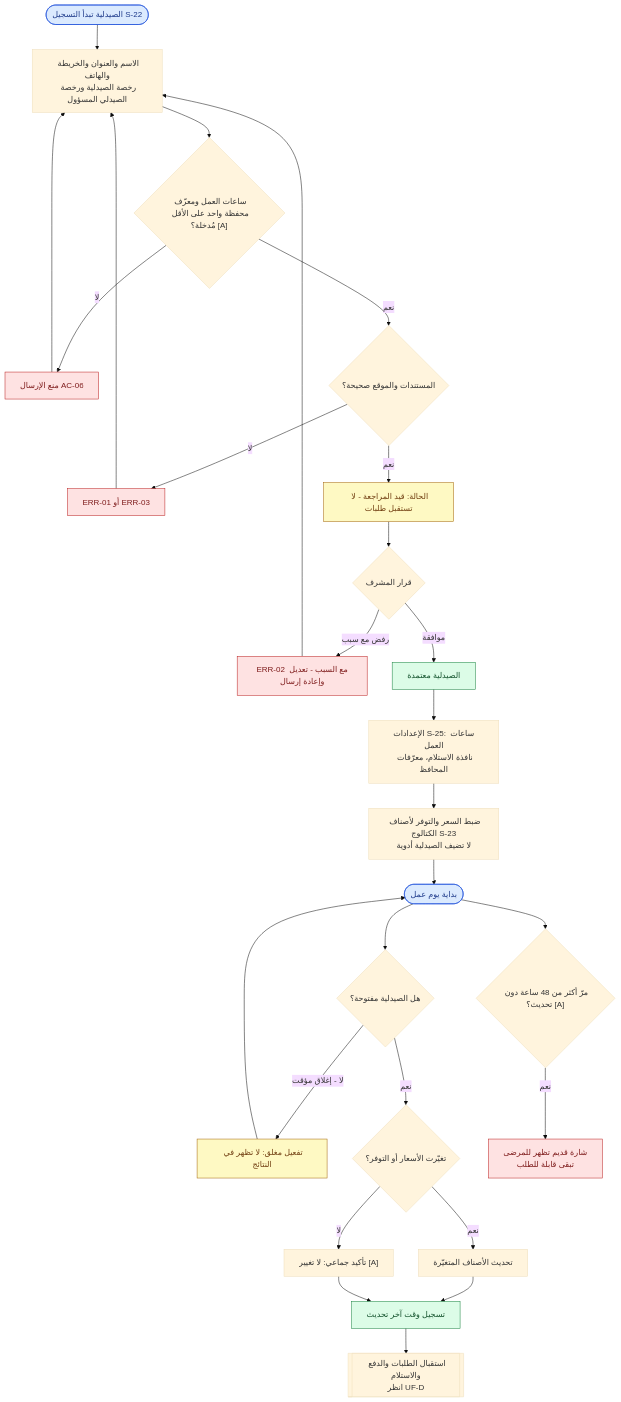
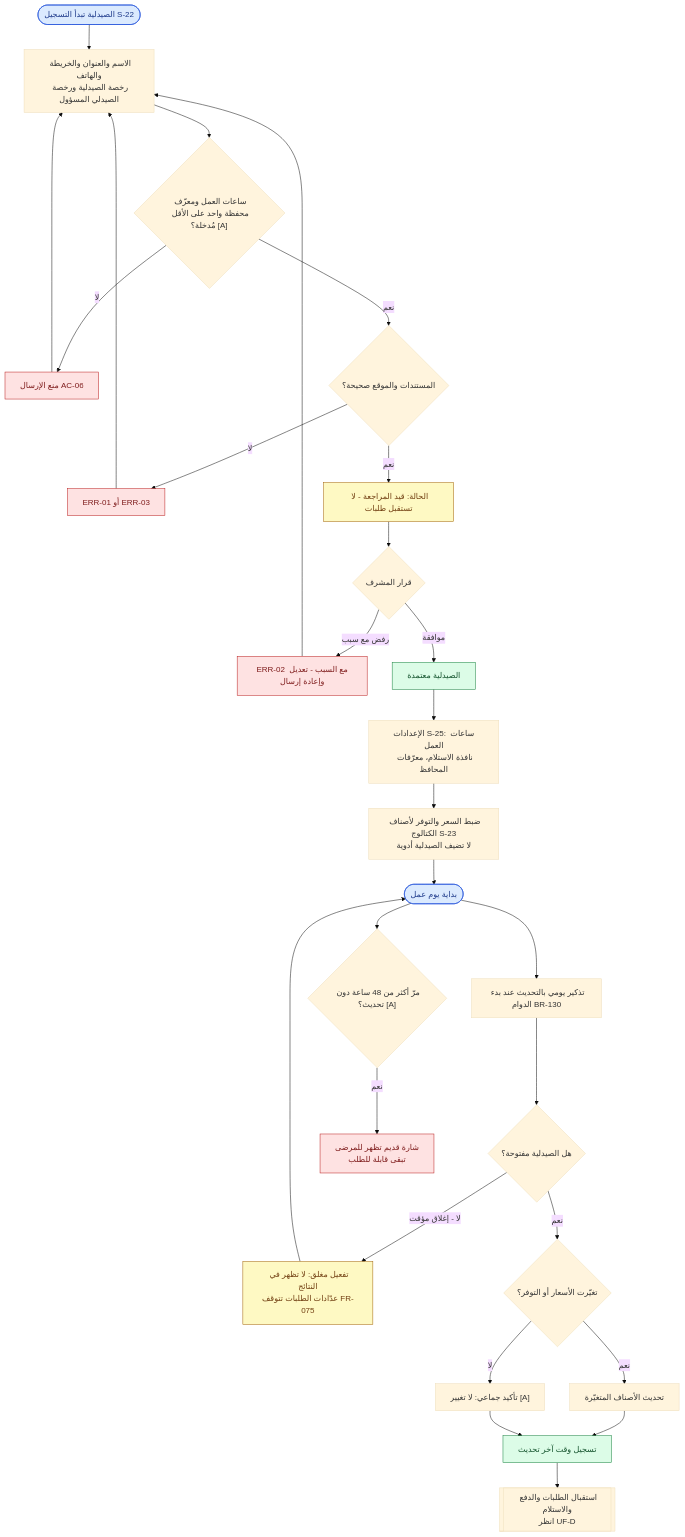
Diagram 11 of 12 in docs/user-flow.ar.md (foxamoca/iltiam), drawn with Mermaid (base theme) before and after one commit. The commit also changed other lines of this file and 6 other files, not shown here.

Commit message:
docs: update PRD (Arabic + PDFs), user flows and UI/UX to v1.1

````diff
--- a/docs/user-flow.ar.md
+++ b/docs/user-flow.ar.md
@@ -731,40 +763,41 @@
 ```mermaid
 flowchart TD
     START(["الصيدلية تبدأ التسجيل S-22"]) --> FORM["الاسم والعنوان والخريطة والهاتف<br/>رخصة الصيدلية ورخصة الصيدلي المسؤول"]
     FORM --> REQ{"ساعات العمل ومعرّف محفظة واحد على الأقل مُدخلة؟ [A]"}
     REQ -->|"لا"| BLOCK["منع الإرسال AC-06"]
     BLOCK --> FORM
     REQ -->|"نعم"| DOCQ{"المستندات والموقع صحيحة؟"}
     DOCQ -->|"لا"| ERR01["ERR-01 أو ERR-03"]
     ERR01 --> FORM
     DOCQ -->|"نعم"| SUBMIT["الحالة: قيد المراجعة - لا تستقبل طلبات"]
     SUBMIT --> REVIEW{"قرار المشرف"}
     REVIEW -->|"رفض مع سبب"| ERR02["ERR-02 مع السبب - تعديل وإعادة إرسال"]
     ERR02 --> FORM
     REVIEW -->|"موافقة"| APPROVED["الصيدلية معتمدة"]
     APPROVED --> SETTINGS["الإعدادات S-25: ساعات العمل<br/>نافذة الاستلام، معرّفات المحافظ"]
     SETTINGS --> INV["ضبط السعر والتوفر لأصناف الكتالوج S-23<br/>لا تضيف الصيدلية أدوية"]
 
     INV --> DAY(["بداية يوم عمل"])
-    DAY --> OPENQ{"هل الصيدلية مفتوحة؟"}
-    OPENQ -->|"لا - إغلاق مؤقت"| CLOSED["تفعيل مغلق: لا تظهر في النتائج"]
+    DAY --> RMD["تذكير يومي بالتحديث عند بدء الدوام BR-130"]
+    RMD --> OPENQ{"هل الصيدلية مفتوحة؟"}
+    OPENQ -->|"لا - إغلاق مؤقت"| CLOSED["تفعيل مغلق: لا تظهر في النتائج<br/>عدّادات الطلبات تتوقف FR-075"]
     CLOSED --> DAY
     OPENQ -->|"نعم"| UPD{"تغيّرت الأسعار أو التوفر؟"}
     UPD -->|"نعم"| EDIT["تحديث الأصناف المتغيّرة"]
     UPD -->|"لا"| BULK["تأكيد جماعي: لا تغيير [A]"]
     EDIT --> STAMP["تسجيل وقت آخر تحديث"]
     BULK --> STAMP
     STAMP --> ORD[["استقبال الطلبات والدفع والاستلام<br/>انظر UF-D"]]
 
     DAY --> STALE{"مرّ أكثر من 48 ساعة دون تحديث؟ [A]"}
     STALE -->|"نعم"| OUTD["شارة قديم تظهر للمرضى<br/>تبقى قابلة للطلب"]
 
     classDef entry fill:#dbeafe,stroke:#1d4ed8,color:#1e3a8a
     classDef success fill:#dcfce7,stroke:#15803d,color:#14532d
     classDef error fill:#fee2e2,stroke:#b91c1c,color:#7f1d1d
     classDef pending fill:#fef9c3,stroke:#a16207,color:#713f12
     class START,DAY entry
     class APPROVED,STAMP success
     class BLOCK,ERR01,ERR02,OUTD error
     class SUBMIT,CLOSED pending
 ```
````
